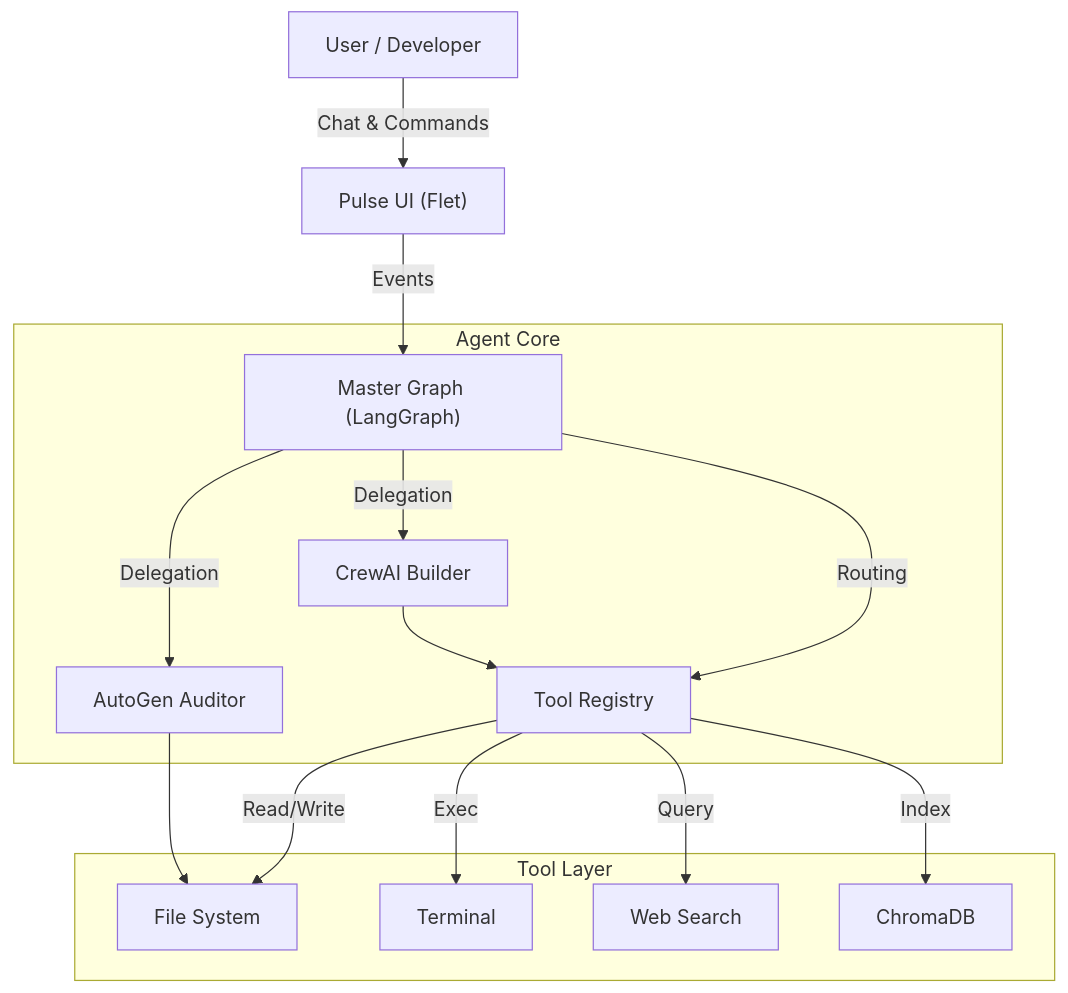
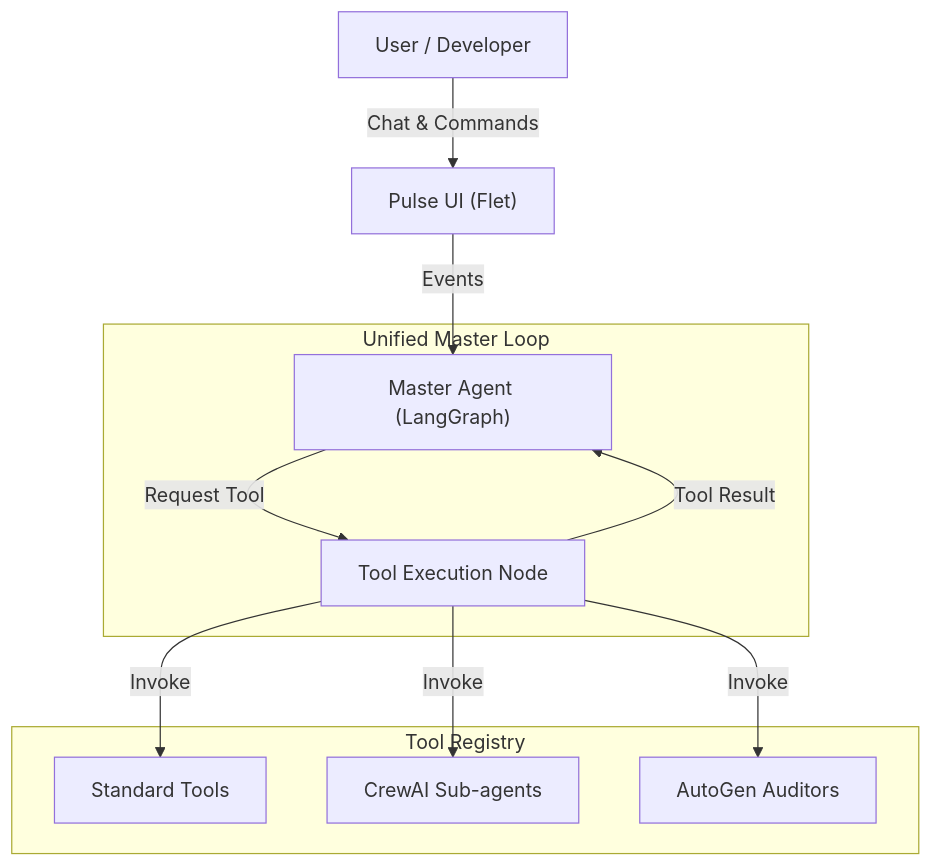
One commit to Kathan03/Pulse-Agentic_IDE changed the diagram in README.md. Above: the diagram before and after it, drawn with Mermaid. The commit also changed other lines of this file, not shown here.

````diff
--- a/README.md
+++ b/README.md
@@ -74,21 +81,16 @@
 ```mermaid
 graph TD
     User["User / Developer"] -->|Chat & Commands| UI["Pulse UI (Flet)"]
-    UI -->|Events| Master["Master Graph (LangGraph)"]
-    
-    subgraph "Agent Core"
-        Master -->|Routing| Tools["Tool Registry"]
-        Master -->|Delegation| Crew["CrewAI Builder"]
-        Master -->|Delegation| AutoGen["AutoGen Auditor"]
+    UI -->|Events| Master["Master Agent (LangGraph)"]
+
+    subgraph "Unified Master Loop"
+        Master -->|Request Tool| Exec["Tool Execution Node"]
+        Exec -->|Tool Result| Master
     end
-    
-    subgraph "Tool Layer"
-        Tools -->|Read/Write| FS["File System"]
-        Tools -->|Exec| Cmd["Terminal"]
-        Tools -->|Query| Web["Web Search"]
-        Tools -->|Index| RAG["ChromaDB"]
+
+    subgraph "Tool Registry"
+        Exec -->|Invoke| Tools["Standard Tools"]
+        Exec -->|Invoke| Crew["CrewAI Sub-agents"]
+        Exec -->|Invoke| AutoGen["AutoGen Auditors"]
     end
-    
-    Crew --> Tools
-    AutoGen --> FS
 ```
````
